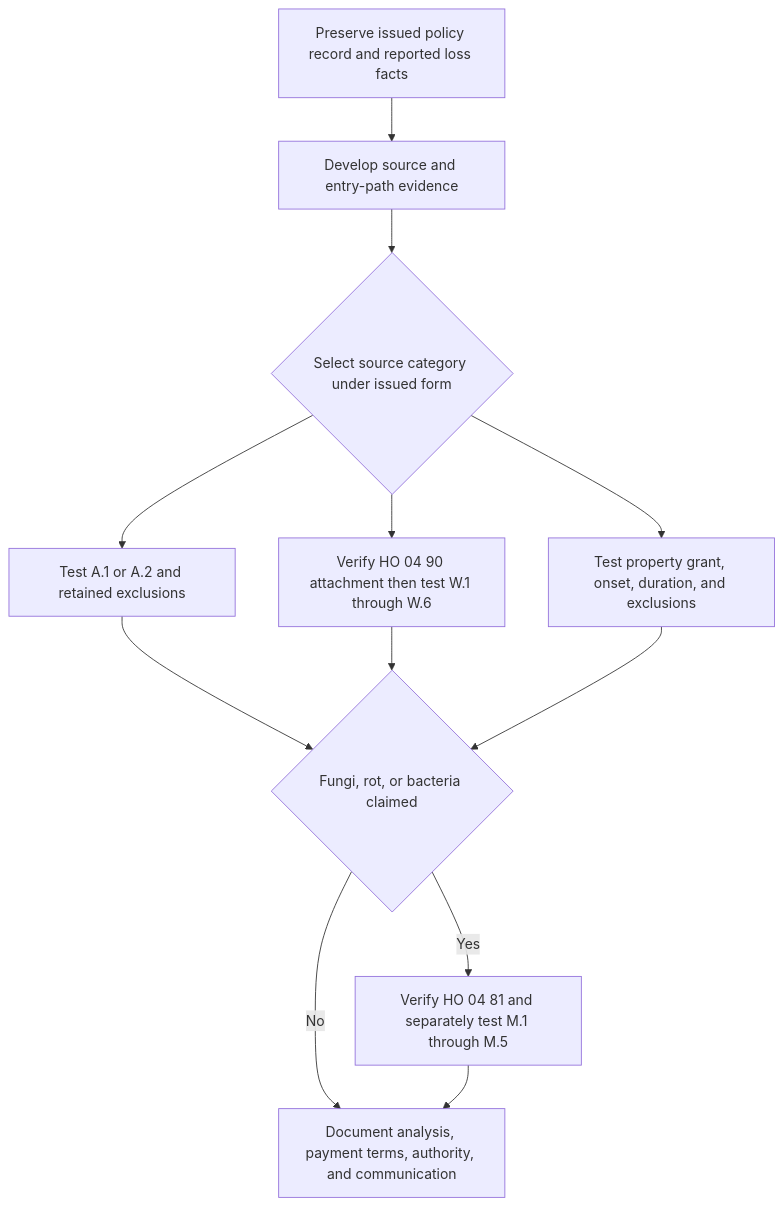
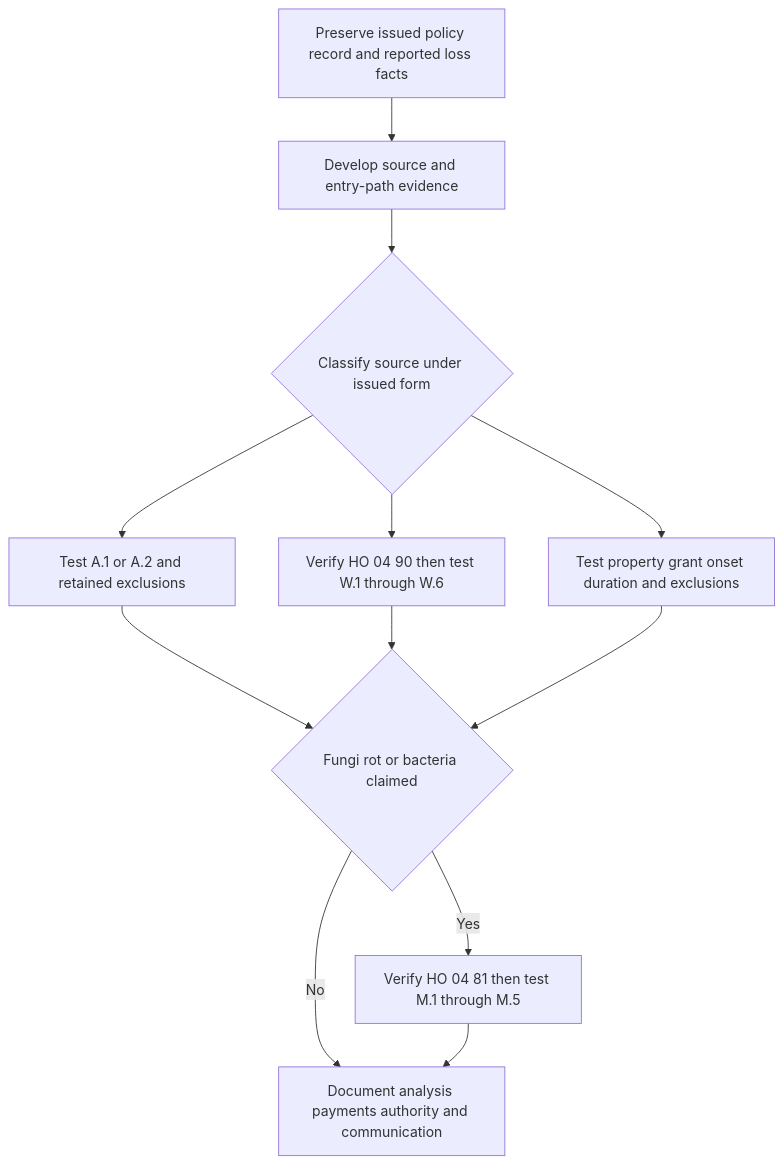
Before and after one commit to eugeneliu-86/openwiki-insurance-corpus: the diagram in openwiki/operations/claims-water-loss-handling.md, drawn with Mermaid. The commit also changed other lines of this file and 41 other files, not shown here.

````diff
--- a/openwiki/operations/claims-water-loss-handling.md
+++ b/openwiki/operations/claims-water-loss-handling.md
@@ -48,14 +49,14 @@
 ```mermaid
 flowchart TD
     Intake["Preserve issued policy record and reported loss facts"] --> Source["Develop source and entry-path evidence"]
-    Source --> Classify{"Select source category under issued form"}
+    Source --> Classify{"Classify source under issued form"}
     Classify --> Surface["Test A.1 or A.2 and retained exclusions"]
-    Classify --> Backup["Verify HO 04 90 attachment then test W.1 through W.6"]
-    Classify --> Internal["Test property grant, onset, duration, and exclusions"]
-    Surface --> Fungi{"Fungi, rot, or bacteria claimed"}
+    Classify --> Backup["Verify HO 04 90 then test W.1 through W.6"]
+    Classify --> Internal["Test property grant onset duration and exclusions"]
+    Surface --> Fungi{"Fungi rot or bacteria claimed"}
     Backup --> Fungi
     Internal --> Fungi
-    Fungi -- Yes --> Mold["Verify HO 04 81 and separately test M.1 through M.5"]
-    Fungi -- No --> Resolve["Document analysis, payment terms, authority, and communication"]
+    Fungi -- Yes --> Mold["Verify HO 04 81 then test M.1 through M.5"]
+    Fungi -- No --> Resolve["Document analysis payments authority and communication"]
     Mold --> Resolve
 ```
````
